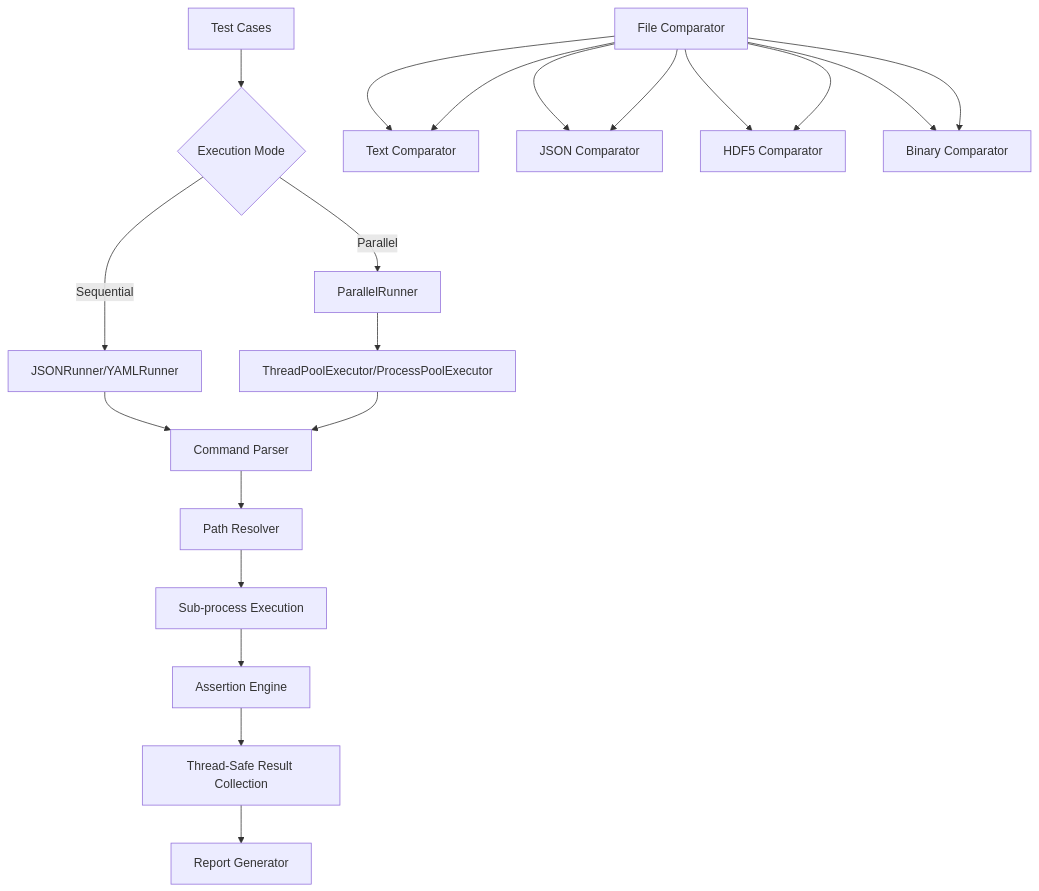
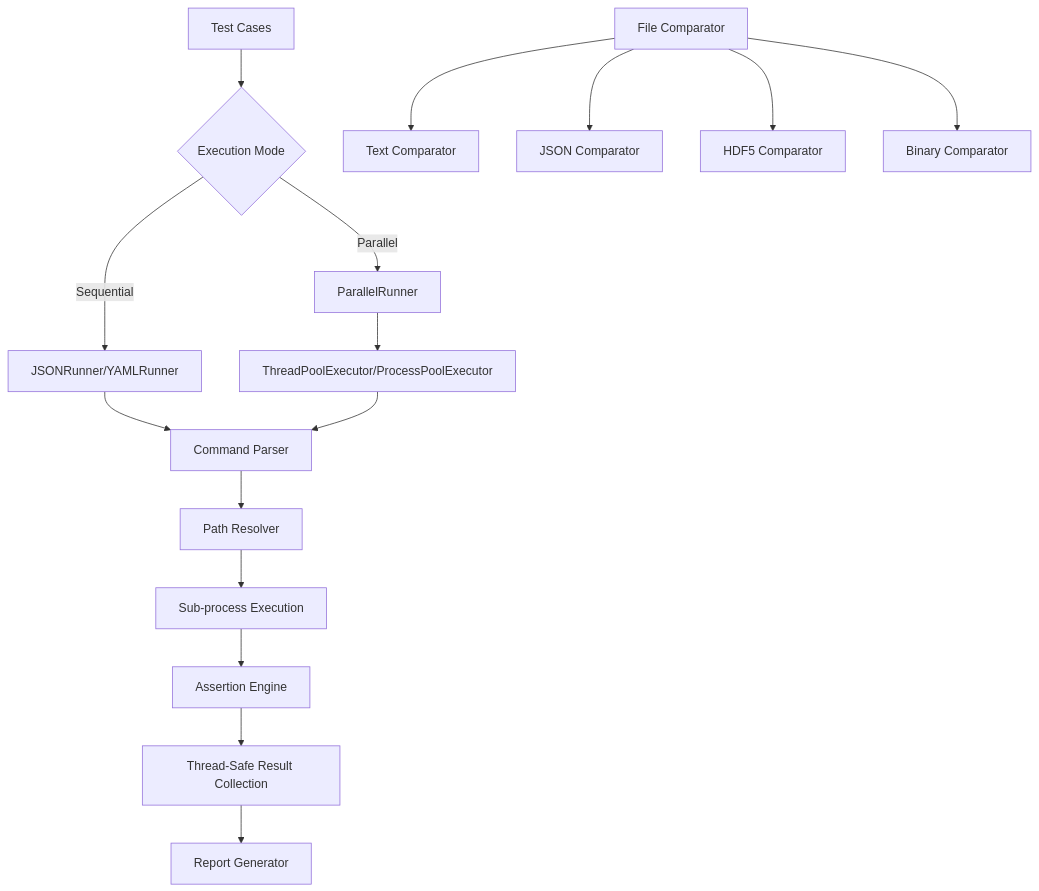
One commit to ozil111/cli-test-framework changed the diagram in README.md. Above: the diagram before and after it, drawn with Mermaid. The commit also changed other lines of this file and 41 other files, not shown here.

````diff
--- a/README.md
+++ b/README.md
@@ -252,22 +220,18 @@
 ```mermaid
 graph TD
     A[Test Cases] --> B{Execution Mode}
     B -->|Sequential| C[JSONRunner/YAMLRunner]
     B -->|Parallel| D[ParallelRunner]
     D --> E[ThreadPoolExecutor/ProcessPoolExecutor]
     C --> F[Command Parser]
     E --> F
     F --> G[Path Resolver]
     G --> H[Sub-process Execution]
     H --> I[Assertion Engine]
     I --> J[Thread-Safe Result Collection]
     J --> K[Report Generator]
     L[File Comparator] --> M[Text Comparator]
     L --> N[JSON Comparator]
     L --> O[HDF5 Comparator]
     L --> P[Binary Comparator]
-    L[File Comparator] --> M[Text Comparator]
-    L --> N[JSON Comparator]
-    L --> O[HDF5 Comparator]
-    L --> P[Binary Comparator]
 ```
````
